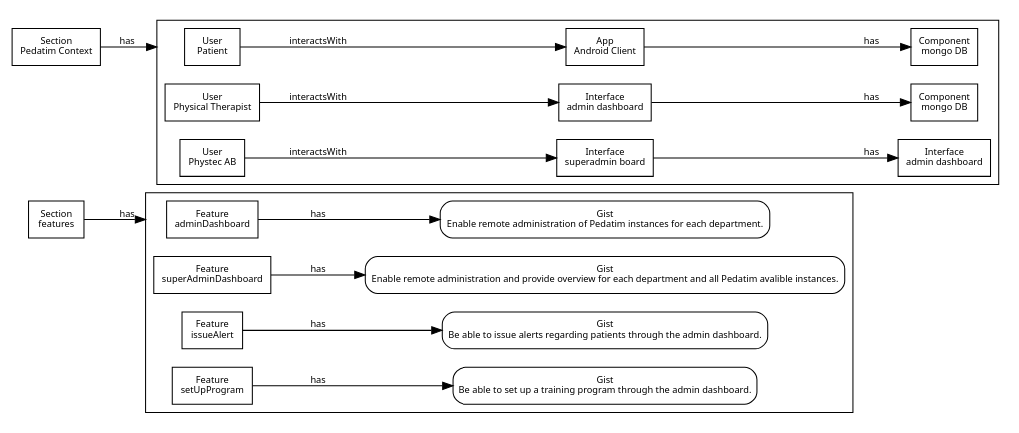
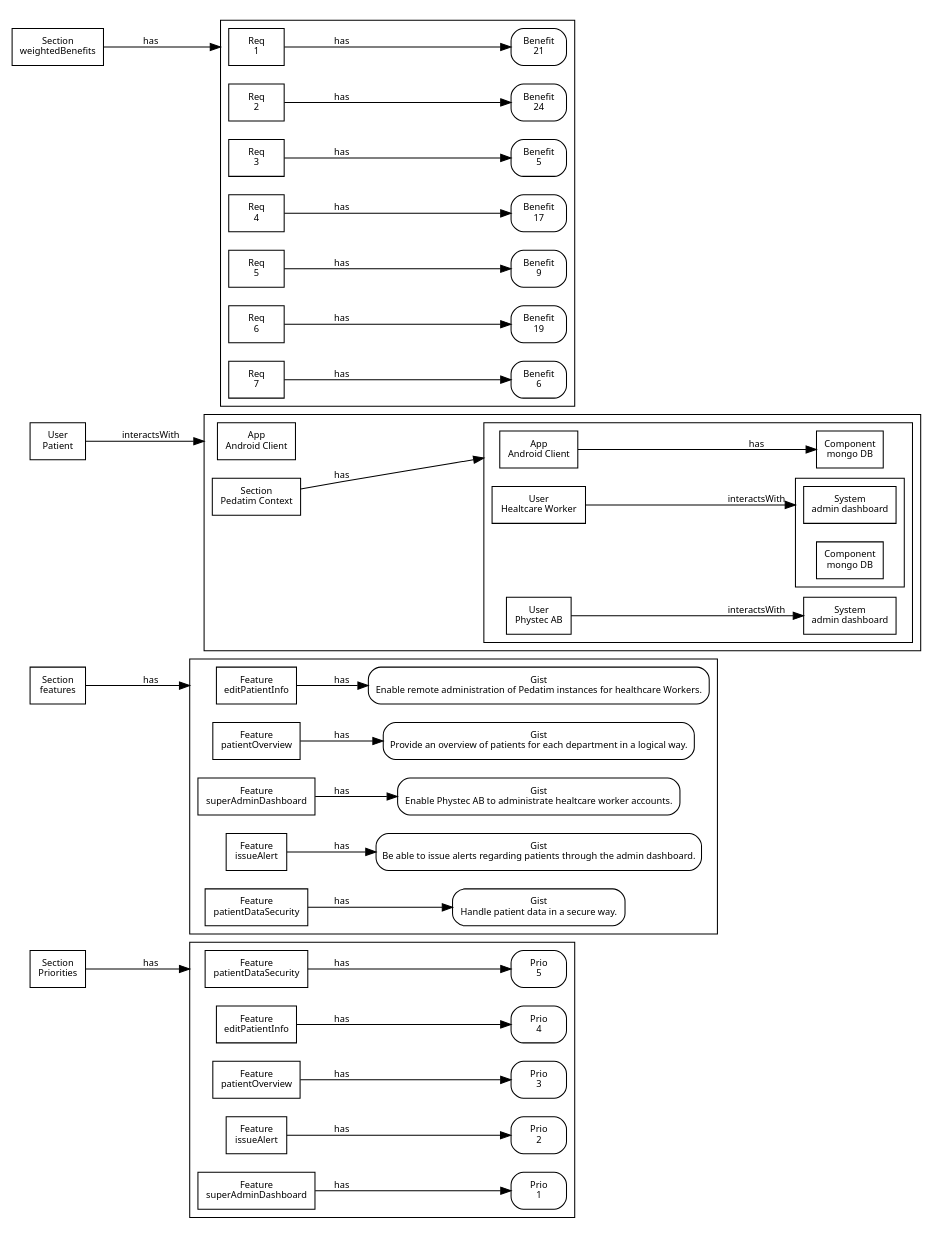
One commit to Filip-Lennhager/ETSN15 changed the diagram in Lab1/pedatimFeatures-nested.dot. Above: the diagram before and after it, drawn with Graphviz. The commit also changed 7 other files, not shown here.

```diff
--- a/Lab1/pedatimFeatures-nested.dot
+++ b/Lab1/pedatimFeatures-nested.dot
@@ -5,23 +5,66 @@
   edge [fontname="Sans", fontsize=9];
 
 
-//subGraphPre(Section(features),has,Feature(adminDashboard),/)
+//subGraphPre(Section(Priorities),has,Feature(patientDataSecurity),/)
+
+  "/Section(Priorities)" [label="Section\nPriorities", shape=box];
+  "/Section(Priorities)" ->   "/Section(Priorities).has/Feature(patientDataSecurity)" [label=has, lhead="cluster_Section(Priorities)"];
+  subgraph "cluster_Section(Priorities)" { 
+
+//singleSubnodeLink(Feature(patientDataSecurity),has,Prio(5),Section(Priorities).has/)
+
+    "/Section(Priorities).has/Feature(patientDataSecurity)" [label="Feature\npatientDataSecurity", shape=box];
+    "/Section(Priorities).has/Feature(patientDataSecurity).has/Prio(5)" [label="Prio\n5", shape=box, style=rounded];
+    "/Section(Priorities).has/Feature(patientDataSecurity)" ->   "/Section(Priorities).has/Feature(patientDataSecurity).has/Prio(5)"[label=has];
+
+//singleSubnodeLink(Feature(editPatientInfo),has,Prio(4),Section(Priorities).has/)
+
+    "/Section(Priorities).has/Feature(editPatientInfo)" [label="Feature\neditPatientInfo", shape=box];
+    "/Section(Priorities).has/Feature(editPatientInfo).has/Prio(4)" [label="Prio\n4", shape=box, style=rounded];
+    "/Section(Priorities).has/Feature(editPatientInfo)" ->   "/Section(Priorities).has/Feature(editPatientInfo).has/Prio(4)"[label=has];
+
+//singleSubnodeLink(Feature(patientOverview),has,Prio(3),Section(Priorities).has/)
+
+    "/Section(Priorities).has/Feature(patientOverview)" [label="Feature\npatientOverview", shape=box];
+    "/Section(Priorities).has/Feature(patientOverview).has/Prio(3)" [label="Prio\n3", shape=box, style=rounded];
+    "/Section(Priorities).has/Feature(patientOverview)" ->   "/Section(Priorities).has/Feature(patientOverview).has/Prio(3)"[label=has];
+
+//singleSubnodeLink(Feature(issueAlert),has,Prio(2),Section(Priorities).has/)
+
+    "/Section(Priorities).has/Feature(issueAlert)" [label="Feature\nissueAlert", shape=box];
+    "/Section(Priorities).has/Feature(issueAlert).has/Prio(2)" [label="Prio\n2", shape=box, style=rounded];
+    "/Section(Priorities).has/Feature(issueAlert)" ->   "/Section(Priorities).has/Feature(issueAlert).has/Prio(2)"[label=has];
+
+//singleSubnodeLink(Feature(superAdminDashboard),has,Prio(1),Section(Priorities).has/)
+
+    "/Section(Priorities).has/Feature(superAdminDashboard)" [label="Feature\nsuperAdminDashboard", shape=box];
+    "/Section(Priorities).has/Feature(superAdminDashboard).has/Prio(1)" [label="Prio\n1", shape=box, style=rounded];
+    "/Section(Priorities).has/Feature(superAdminDashboard)" ->   "/Section(Priorities).has/Feature(superAdminDashboard).has/Prio(1)"[label=has];
+  }
+
+//subGraphPre(Section(features),has,Feature(editPatientInfo),/)
 
   "/Section(features)" [label="Section\nfeatures", shape=box];
-  "/Section(features)" ->   "/Section(features).has/Feature(adminDashboard)" [label=has, lhead="cluster_Section(features)"];
+  "/Section(features)" ->   "/Section(features).has/Feature(editPatientInfo)" [label=has, lhead="cluster_Section(features)"];
   subgraph "cluster_Section(features)" { 
 
-//singleSubnodeLink(Feature(adminDashboard),has,Gist(Enable remote administration of Pedatim instances for each department.),Section(features).has/)
+//singleSubnodeLink(Feature(editPatientInfo),has,Gist(Enable remote administration of Pedatim instances for healthcare Workers.),Section(features).has/)
 
-    "/Section(features).has/Feature(adminDashboard)" [label="Feature\nadminDashboard", shape=box];
-    "/Section(features).has/Feature(adminDashboard).has/Gist(Enable remote administration of Pedatim instances for each department.)" [label="Gist\nEnable remote administration of Pedatim instances for each department.", shape=box, style=rounded];
-    "/Section(features).has/Feature(adminDashboard)" ->   "/Section(features).has/Feature(adminDashboard).has/Gist(Enable remote administration of Pedatim instances for each department.)"[label=has];
+    "/Section(features).has/Feature(editPatientInfo)" [label="Feature\neditPatientInfo", shape=box];
+    "/Section(features).has/Feature(editPatientInfo).has/Gist(Enable remote administration of Pedatim instances for healthcare Workers.)" [label="Gist\nEnable remote administration of Pedatim instances for healthcare Workers.", shape=box, style=rounded];
+    "/Section(features).has/Feature(editPatientInfo)" ->   "/Section(features).has/Feature(editPatientInfo).has/Gist(Enable remote administration of Pedatim instances for healthcare Workers.)"[label=has];
 
-//singleSubnodeLink(Feature(superAdminDashboard),has,Gist(Enable remote administration and provide overview for each department and all Pedatim avalible instances.),Section(features).has/)
+//singleSubnodeLink(Feature(patientOverview),has,Gist(Provide an overview of patients for each department in a logical way.),Section(features).has/)
+
+    "/Section(features).has/Feature(patientOverview)" [label="Feature\npatientOverview", shape=box];
+    "/Section(features).has/Feature(patientOverview).has/Gist(Provide an overview of patients for each department in a logical way.)" [label="Gist\nProvide an overview of patients for each department in a logical way.", shape=box, style=rounded];
+    "/Section(features).has/Feature(patientOverview)" ->   "/Section(features).has/Feature(patientOverview).has/Gist(Provide an overview of patients for each department in a logical way.)"[label=has];
+
+//singleSubnodeLink(Feature(superAdminDashboard),has,Gist(Enable Phystec AB to administrate healtcare worker accounts.),Section(features).has/)
 
     "/Section(features).has/Feature(superAdminDashboard)" [label="Feature\nsuperAdminDashboard", shape=box];
-    "/Section(features).has/Feature(superAdminDashboard).has/Gist(Enable remote administration and provide overview for each department and all Pedatim avalible instances.)" [label="Gist\nEnable remote administration and provide overview for each department and all Pedatim avalible instances.", shape=box, style=rounded];
-    "/Section(features).has/Feature(superAdminDashboard)" ->   "/Section(features).has/Feature(superAdminDashboard).has/Gist(Enable remote administration and provide overview for each department and all Pedatim avalible instances.)"[label=has];
+    "/Section(features).has/Feature(superAdminDashboard).has/Gist(Enable Phystec AB to administrate healtcare worker accounts.)" [label="Gist\nEnable Phystec AB to administrate healtcare worker accounts.", shape=box, style=rounded];
+    "/Section(features).has/Feature(superAdminDashboard)" ->   "/Section(features).has/Feature(superAdminDashboard).has/Gist(Enable Phystec AB to administrate healtcare worker accounts.)"[label=has];
 
 //singleSubnodeLink(Feature(issueAlert),has,Gist(Be able to issue alerts regarding patients through the admin dashboard.),Section(features).has/)
 
@@ -29,57 +72,96 @@
     "/Section(features).has/Feature(issueAlert).has/Gist(Be able to issue alerts regarding patients through the admin dashboard.)" [label="Gist\nBe able to issue alerts regarding patients through the admin dashboard.", shape=box, style=rounded];
     "/Section(features).has/Feature(issueAlert)" ->   "/Section(features).has/Feature(issueAlert).has/Gist(Be able to issue alerts regarding patients through the admin dashboard.)"[label=has];
 
-//singleSubnodeLink(Feature(setUpProgram),has,Gist(Be able to set up a training program through the admin dashboard.),Section(features).has/)
+//singleSubnodeLink(Feature(patientDataSecurity),has,Gist(Handle patient data in a secure way.),Section(features).has/)
 
-    "/Section(features).has/Feature(setUpProgram)" [label="Feature\nsetUpProgram", shape=box];
-    "/Section(features).has/Feature(setUpProgram).has/Gist(Be able to set up a training program through the admin dashboard.)" [label="Gist\nBe able to set up a training program through the admin dashboard.", shape=box, style=rounded];
-    "/Section(features).has/Feature(setUpProgram)" ->   "/Section(features).has/Feature(setUpProgram).has/Gist(Be able to set up a training program through the admin dashboard.)"[label=has];
+    "/Section(features).has/Feature(patientDataSecurity)" [label="Feature\npatientDataSecurity", shape=box];
+    "/Section(features).has/Feature(patientDataSecurity).has/Gist(Handle patient data in a secure way.)" [label="Gist\nHandle patient data in a secure way.", shape=box, style=rounded];
+    "/Section(features).has/Feature(patientDataSecurity)" ->   "/Section(features).has/Feature(patientDataSecurity).has/Gist(Handle patient data in a secure way.)"[label=has];
   }
 
-//subGraphPre(Section(Pedatim Context),has,User(Patient),/)
+//subGraphPre(User(Patient),interactsWith,App(Android Client),/)
 
-  "/Section(Pedatim Context)" [label="Section\nPedatim Context", shape=box];
-  "/Section(Pedatim Context)" ->   "/Section(Pedatim Context).has/User(Patient)" [label=has, lhead="cluster_Section(Pedatim Context)"];
-  subgraph "cluster_Section(Pedatim Context)" { 
+  "/User(Patient)" [label="User\nPatient", shape=box];
+  "/User(Patient)" ->   "/User(Patient).interactsWith/App(Android Client)" [label=interactsWith, lhead="cluster_User(Patient)"];
+  subgraph "cluster_User(Patient)" { 
+    "/User(Patient).interactsWith/App(Android Client)" [label="App\nAndroid Client", shape=box];
 
-//singleSubnodeLink(User(Patient),interactsWith,App(Android Client),Section(Pedatim Context).has/)
+//subGraphPre(Section(Pedatim Context),has,App(Android Client),User(Patient).interactsWith/)
 
-    "/Section(Pedatim Context).has/User(Patient)" [label="User\nPatient", shape=box];
-    "/Section(Pedatim Context).has/User(Patient).interactsWith/App(Android Client)" [label="App\nAndroid Client", shape=box];
-    "/Section(Pedatim Context).has/User(Patient)" ->   "/Section(Pedatim Context).has/User(Patient).interactsWith/App(Android Client)"[label=interactsWith];
+    "/User(Patient).interactsWith/Section(Pedatim Context)" [label="Section\nPedatim Context", shape=box];
+    "/User(Patient).interactsWith/Section(Pedatim Context)" ->   "/User(Patient).interactsWith/Section(Pedatim Context).has/App(Android Client)" [label=has, lhead="cluster_Section(Pedatim Context)"];
+    subgraph "cluster_Section(Pedatim Context)" { 
 
-//singleSubnodeLink(App(Android Client),has,Component(mongo DB),Section(Pedatim Context).has/User(Patient).interactsWith/)
+//singleSubnodeLink(App(Android Client),has,Component(mongo DB),User(Patient).interactsWith/Section(Pedatim Context).has/)
 
-      "/Section(Pedatim Context).has/User(Patient).interactsWith/App(Android Client)" [label="App\nAndroid Client", shape=box];
-      "/Section(Pedatim Context).has/User(Patient).interactsWith/App(Android Client).has/Component(mongo DB)" [label="Component\nmongo DB", shape=box];
-      "/Section(Pedatim Context).has/User(Patient).interactsWith/App(Android Client)" ->   "/Section(Pedatim Context).has/User(Patient).interactsWith/App(Android Client).has/Component(mongo DB)"[label=has];
-        "/Section(Pedatim Context).has/User(Patient).interactsWith/App(Android Client).has/Component(mongo DB)" [label="Component\nmongo DB", shape=box];
+      "/User(Patient).interactsWith/Section(Pedatim Context).has/App(Android Client)" [label="App\nAndroid Client", shape=box];
+      "/User(Patient).interactsWith/Section(Pedatim Context).has/App(Android Client).has/Component(mongo DB)" [label="Component\nmongo DB", shape=box];
+      "/User(Patient).interactsWith/Section(Pedatim Context).has/App(Android Client)" ->   "/User(Patient).interactsWith/Section(Pedatim Context).has/App(Android Client).has/Component(mongo DB)"[label=has];
 
-//singleSubnodeLink(User(Physical Therapist),interactsWith,Interface(admin dashboard),Section(Pedatim Context).has/)
+//subGraphPre(User(Healtcare Worker),interactsWith,System(admin dashboard),User(Patient).interactsWith/Section(Pedatim Context).has/)
 
-    "/Section(Pedatim Context).has/User(Physical Therapist)" [label="User\nPhysical Therapist", shape=box];
-    "/Section(Pedatim Context).has/User(Physical Therapist).interactsWith/Interface(admin dashboard)" [label="Interface\nadmin dashboard", shape=box];
-    "/Section(Pedatim Context).has/User(Physical Therapist)" ->   "/Section(Pedatim Context).has/User(Physical Therapist).interactsWith/Interface(admin dashboard)"[label=interactsWith];
+      "/User(Patient).interactsWith/Section(Pedatim Context).has/User(Healtcare Worker)" [label="User\nHealtcare Worker", shape=box];
+      "/User(Patient).interactsWith/Section(Pedatim Context).has/User(Healtcare Worker)" ->   "/User(Patient).interactsWith/Section(Pedatim Context).has/User(Healtcare Worker).interactsWith/System(admin dashboard)" [label=interactsWith, lhead="cluster_User(Healtcare Worker)"];
+      subgraph "cluster_User(Healtcare Worker)" { 
+        "/User(Patient).interactsWith/Section(Pedatim Context).has/User(Healtcare Worker).interactsWith/System(admin dashboard)" [label="System\nadmin dashboard", shape=box];
+        "/User(Patient).interactsWith/Section(Pedatim Context).has/User(Healtcare Worker).interactsWith/Component(mongo DB)" [label="Component\nmongo DB", shape=box];
+      }
 
-//singleSubnodeLink(Interface(admin dashboard),has,Component(mongo DB),Section(Pedatim Context).has/User(Physical Therapist).interactsWith/)
+//singleSubnodeLink(User(Phystec AB),interactsWith,System(admin dashboard),User(Patient).interactsWith/Section(Pedatim Context).has/)
 
-      "/Section(Pedatim Context).has/User(Physical Therapist).interactsWith/Interface(admin dashboard)" [label="Interface\nadmin dashboard", shape=box];
-      "/Section(Pedatim Context).has/User(Physical Therapist).interactsWith/Interface(admin dashboard).has/Component(mongo DB)" [label="Component\nmongo DB", shape=box];
-      "/Section(Pedatim Context).has/User(Physical Therapist).interactsWith/Interface(admin dashboard)" ->   "/Section(Pedatim Context).has/User(Physical Therapist).interactsWith/Interface(admin dashboard).has/Component(mongo DB)"[label=has];
-        "/Section(Pedatim Context).has/User(Physical Therapist).interactsWith/Interface(admin dashboard).has/Component(mongo DB)" [label="Component\nmongo DB", shape=box];
+      "/User(Patient).interactsWith/Section(Pedatim Context).has/User(Phystec AB)" [label="User\nPhystec AB", shape=box];
+      "/User(Patient).interactsWith/Section(Pedatim Context).has/User(Phystec AB).interactsWith/System(admin dashboard)" [label="System\nadmin dashboard", shape=box];
+      "/User(Patient).interactsWith/Section(Pedatim Context).has/User(Phystec AB)" ->   "/User(Patient).interactsWith/Section(Pedatim Context).has/User(Phystec AB).interactsWith/System(admin dashboard)"[label=interactsWith];
+    }
+  }
 
-//singleSubnodeLink(User(Phystec AB),interactsWith,Interface(superadmin board),Section(Pedatim Context).has/)
+//subGraphPre(Section(weightedBenefits),has,Req(1),/)
 
-    "/Section(Pedatim Context).has/User(Phystec AB)" [label="User\nPhystec AB", shape=box];
-    "/Section(Pedatim Context).has/User(Phystec AB).interactsWith/Interface(superadmin board)" [label="Interface\nsuperadmin board", shape=box];
-    "/Section(Pedatim Context).has/User(Phystec AB)" ->   "/Section(Pedatim Context).has/User(Phystec AB).interactsWith/Interface(superadmin board)"[label=interactsWith];
+  "/Section(weightedBenefits)" [label="Section\nweightedBenefits", shape=box];
+  "/Section(weightedBenefits)" ->   "/Section(weightedBenefits).has/Req(1)" [label=has, lhead="cluster_Section(weightedBenefits)"];
+  subgraph "cluster_Section(weightedBenefits)" { 
 
-//singleSubnodeLink(Interface(superadmin board),has,Interface(admin dashboard),Section(Pedatim Context).has/User(Phystec AB).interactsWith/)
+//singleSubnodeLink(Req(1),has,Benefit(21),Section(weightedBenefits).has/)
 
-      "/Section(Pedatim Context).has/User(Phystec AB).interactsWith/Interface(superadmin board)" [label="Interface\nsuperadmin board", shape=box];
-      "/Section(Pedatim Context).has/User(Phystec AB).interactsWith/Interface(superadmin board).has/Interface(admin dashboard)" [label="Interface\nadmin dashboard", shape=box];
-      "/Section(Pedatim Context).has/User(Phystec AB).interactsWith/Interface(superadmin board)" ->   "/Section(Pedatim Context).has/User(Phystec AB).interactsWith/Interface(superadmin board).has/Interface(admin dashboard)"[label=has];
-        "/Section(Pedatim Context).has/User(Phystec AB).interactsWith/Interface(superadmin board).has/Interface(admin dashboard)" [label="Interface\nadmin dashboard", shape=box];
+    "/Section(weightedBenefits).has/Req(1)" [label="Req\n1", shape=box];
+    "/Section(weightedBenefits).has/Req(1).has/Benefit(21)" [label="Benefit\n21", shape=box, style=rounded];
+    "/Section(weightedBenefits).has/Req(1)" ->   "/Section(weightedBenefits).has/Req(1).has/Benefit(21)"[label=has];
+
+//singleSubnodeLink(Req(2),has,Benefit(24),Section(weightedBenefits).has/)
+
+    "/Section(weightedBenefits).has/Req(2)" [label="Req\n2", shape=box];
+    "/Section(weightedBenefits).has/Req(2).has/Benefit(24)" [label="Benefit\n24", shape=box, style=rounded];
+    "/Section(weightedBenefits).has/Req(2)" ->   "/Section(weightedBenefits).has/Req(2).has/Benefit(24)"[label=has];
+
+//singleSubnodeLink(Req(3),has,Benefit(5),Section(weightedBenefits).has/)
+
+    "/Section(weightedBenefits).has/Req(3)" [label="Req\n3", shape=box];
+    "/Section(weightedBenefits).has/Req(3).has/Benefit(5)" [label="Benefit\n5", shape=box, style=rounded];
+    "/Section(weightedBenefits).has/Req(3)" ->   "/Section(weightedBenefits).has/Req(3).has/Benefit(5)"[label=has];
+
+//singleSubnodeLink(Req(4),has,Benefit(17),Section(weightedBenefits).has/)
+
+    "/Section(weightedBenefits).has/Req(4)" [label="Req\n4", shape=box];
+    "/Section(weightedBenefits).has/Req(4).has/Benefit(17)" [label="Benefit\n17", shape=box, style=rounded];
+    "/Section(weightedBenefits).has/Req(4)" ->   "/Section(weightedBenefits).has/Req(4).has/Benefit(17)"[label=has];
+
+//singleSubnodeLink(Req(5),has,Benefit(9),Section(weightedBenefits).has/)
+
+    "/Section(weightedBenefits).has/Req(5)" [label="Req\n5", shape=box];
+    "/Section(weightedBenefits).has/Req(5).has/Benefit(9)" [label="Benefit\n9", shape=box, style=rounded];
+    "/Section(weightedBenefits).has/Req(5)" ->   "/Section(weightedBenefits).has/Req(5).has/Benefit(9)"[label=has];
+
+//singleSubnodeLink(Req(6),has,Benefit(19),Section(weightedBenefits).has/)
+
+    "/Section(weightedBenefits).has/Req(6)" [label="Req\n6", shape=box];
+    "/Section(weightedBenefits).has/Req(6).has/Benefit(19)" [label="Benefit\n19", shape=box, style=rounded];
+    "/Section(weightedBenefits).has/Req(6)" ->   "/Section(weightedBenefits).has/Req(6).has/Benefit(19)"[label=has];
+
+//singleSubnodeLink(Req(7),has,Benefit(6),Section(weightedBenefits).has/)
+
+    "/Section(weightedBenefits).has/Req(7)" [label="Req\n7", shape=box];
+    "/Section(weightedBenefits).has/Req(7).has/Benefit(6)" [label="Benefit\n6", shape=box, style=rounded];
+    "/Section(weightedBenefits).has/Req(7)" ->   "/Section(weightedBenefits).has/Req(7).has/Benefit(6)"[label=has];
   }
 
 }
```
